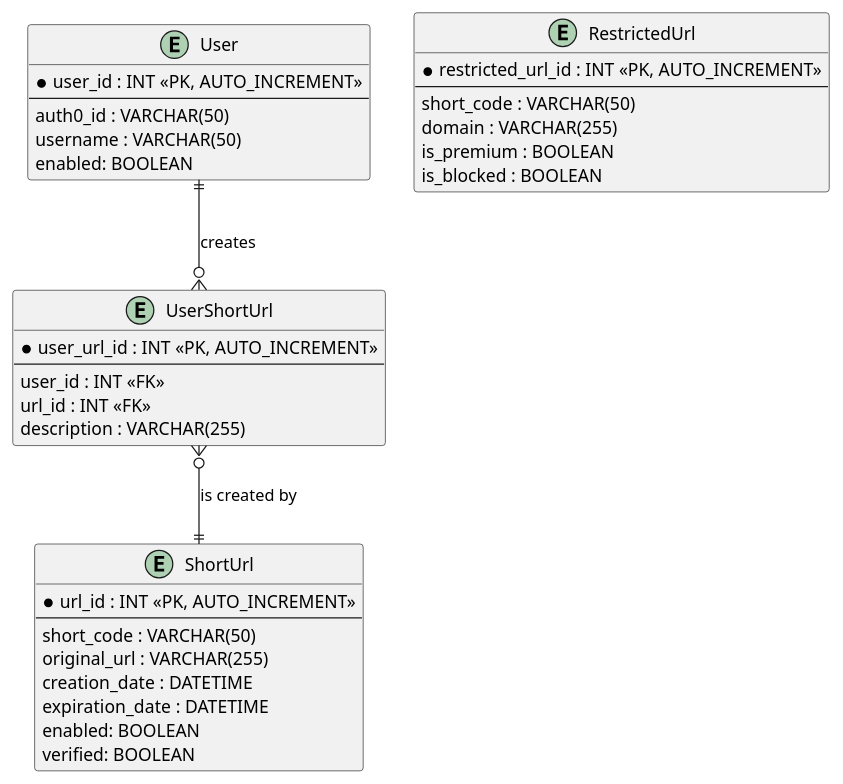
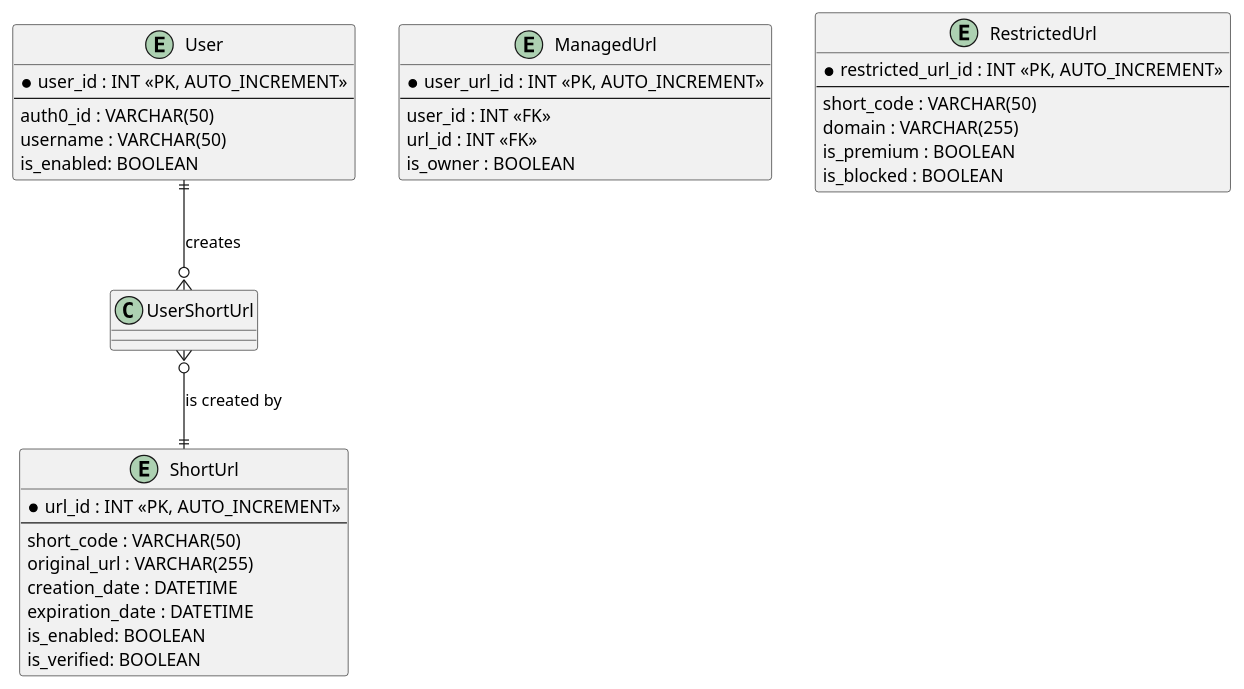
The diagram in resources/artifacts/sql_schema.plantuml (Cloud-native-engineering/sem03_docs), drawn with PlantUML before and after one commit. The commit also changed 3 other files, not shown here.

```diff
--- a/resources/artifacts/sql_schema.plantuml
+++ b/resources/artifacts/sql_schema.plantuml
@@ -1,42 +1,42 @@
 @startuml
 
 entity User {
     * user_id : INT <<PK, AUTO_INCREMENT>>
     --
     auth0_id : VARCHAR(50)
     username : VARCHAR(50)
-    enabled: BOOLEAN
+    is_enabled: BOOLEAN
 }
 
 entity ShortUrl {
     * url_id : INT <<PK, AUTO_INCREMENT>>
     --
     short_code : VARCHAR(50)
     original_url : VARCHAR(255)
     creation_date : DATETIME
     expiration_date : DATETIME
-    enabled: BOOLEAN
-    verified: BOOLEAN
+    is_enabled: BOOLEAN
+    is_verified: BOOLEAN
 }
 
-entity UserShortUrl {
+entity ManagedUrl {
     * user_url_id : INT <<PK, AUTO_INCREMENT>>
     --
     user_id : INT <<FK>>
     url_id : INT <<FK>>
-    description : VARCHAR(255)
+    is_owner : BOOLEAN
 }
 
 entity RestrictedUrl {
     * restricted_url_id : INT <<PK, AUTO_INCREMENT>>
     --
     short_code : VARCHAR(50)
     domain : VARCHAR(255)
     is_premium : BOOLEAN
     is_blocked : BOOLEAN
 }
 
 User ||--o{ UserShortUrl : creates
 UserShortUrl }o--|| ShortUrl : is created by
 
 @enduml
```
